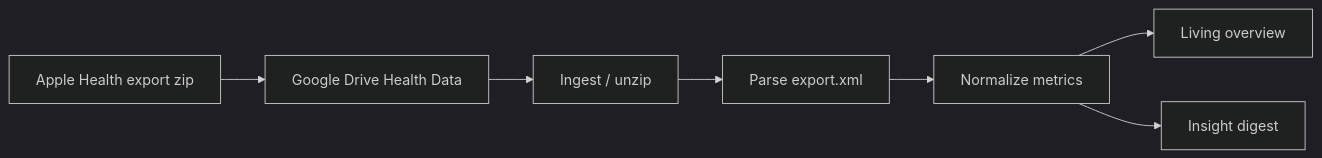
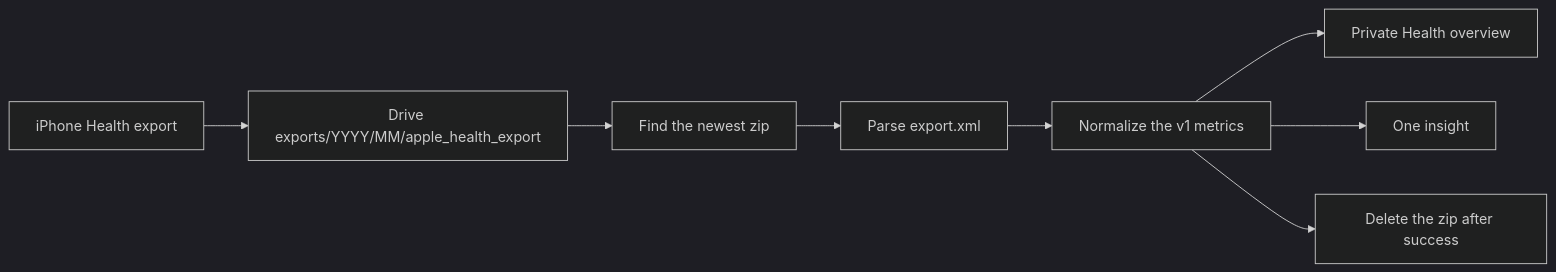
Before and after one commit to akashnaren/apple-health-insights: the first of 3 diagrams in README.md, drawn with Mermaid (dark theme). The commit also changed other lines of this file and 22 other files, not shown here.

First line of the commit message:
feat: Apple Health synthetic ingest + private overview path

````diff
--- a/README.md
+++ b/README.md
@@ -13,9 +33,15 @@
 ```mermaid
 flowchart LR
-  A[Apple Health export zip] --> B[Google Drive Health Data]
-  B --> C[Ingest / unzip]
-  C --> D[Parse export.xml]
-  D --> E[Normalize metrics]
-  E --> F[Living overview]
-  E --> G[Insight digest]
+  phone[iPhone Health export]
+  drive["Drive exports/YYYY/MM/apple_health_export"]
+  detect[Find the newest zip]
+  parse[Parse export.xml]
+  rollup[Normalize the v1 metrics]
+  overview[Private Health overview]
+  insight[One insight]
+  deleteZip[Delete the zip after success]
+  phone --> drive --> detect --> parse --> rollup
+  rollup --> overview
+  rollup --> insight
+  rollup --> deleteZip
 ```
````
